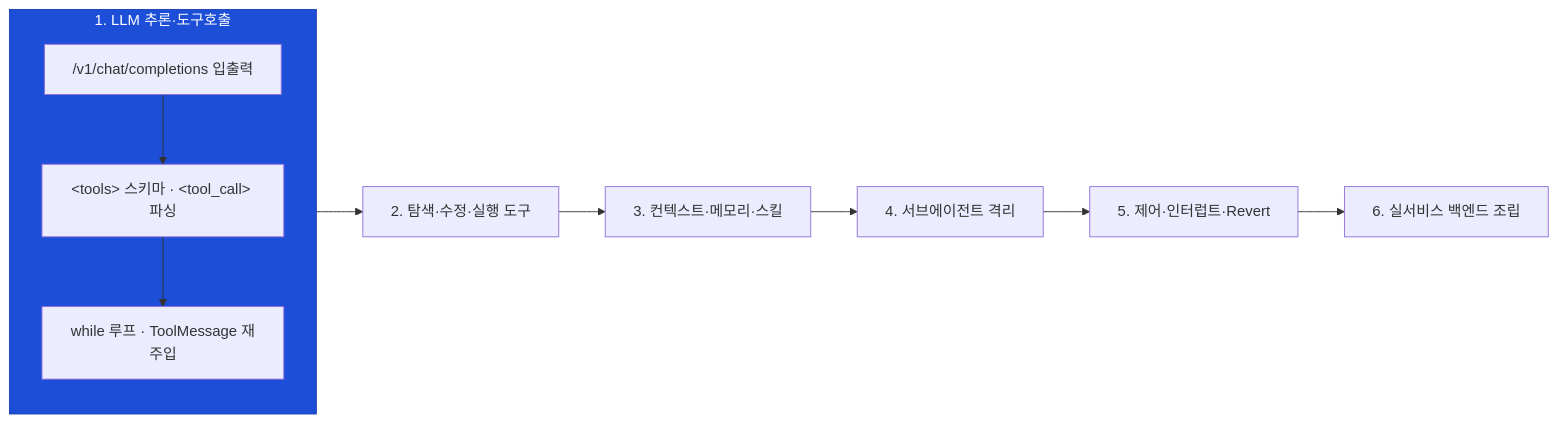
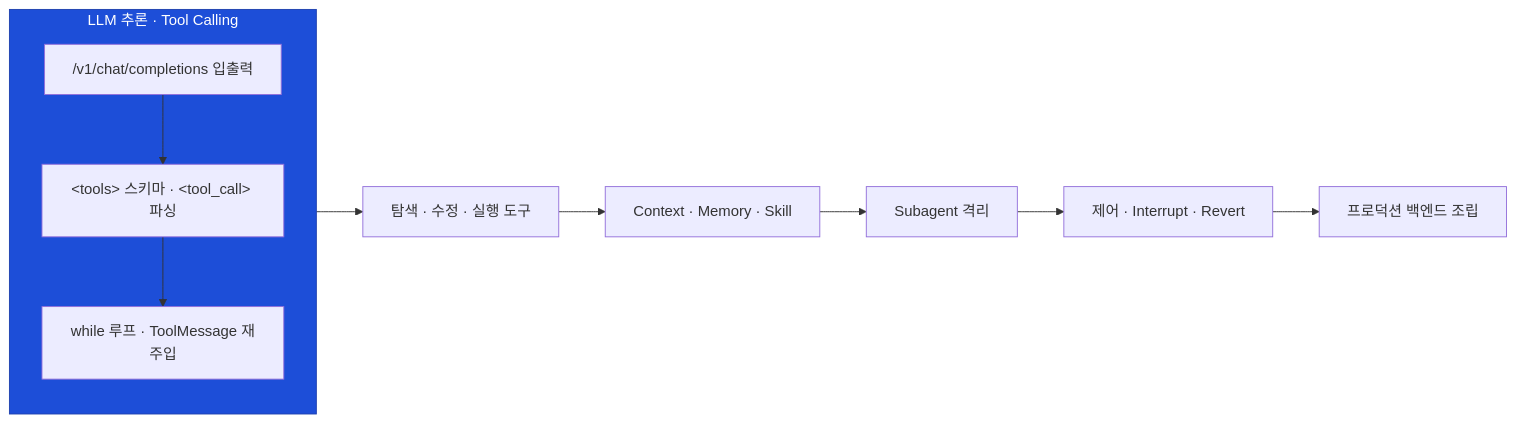
One commit to Abyssey/anvil changed the third of 12 diagrams in docs/coding-agent-study.md. Above: the diagram before and after it, drawn with Mermaid. The commit also changed other lines of this file and 3 other files, not shown here.

````diff
--- a/docs/coding-agent-study.md
+++ b/docs/coding-agent-study.md
@@ -91,14 +97,14 @@
 ```mermaid
 flowchart LR
-  subgraph S1["1. LLM 추론·도구호출"]
+  subgraph S1["LLM 추론 · Tool Calling"]
     direction TB
     S1A["/v1/chat/completions 입출력"] --> S1B["&lt;tools&gt; 스키마 · &lt;tool_call&gt; 파싱"] --> S1C["while 루프 · ToolMessage 재주입"]
   end
-  S2["2. 탐색·수정·실행 도구"]
-  S3["3. 컨텍스트·메모리·스킬"]
-  S4["4. 서브에이전트 격리"]
-  S5["5. 제어·인터럽트·Revert"]
-  S6["6. 실서비스 백엔드 조립"]
+  S2["탐색 · 수정 · 실행 도구"]
+  S3["Context · Memory · Skill"]
+  S4["Subagent 격리"]
+  S5["제어 · Interrupt · Revert"]
+  S6["프로덕션 백엔드 조립"]
   S1 --> S2 --> S3 --> S4 --> S5 --> S6
   style S1 fill:#1d4ed8,stroke:#1e40af,color:#ffffff
 ```
````
